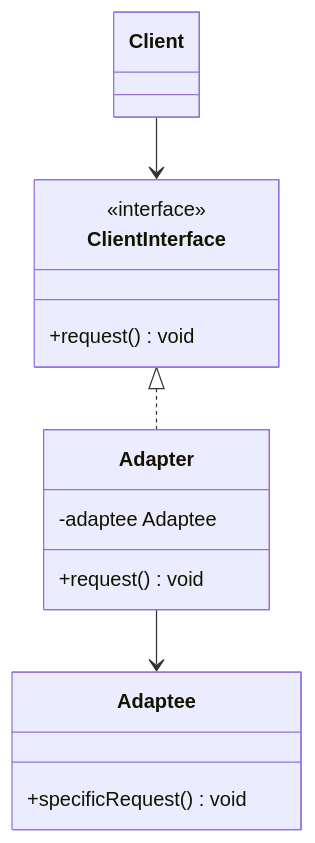
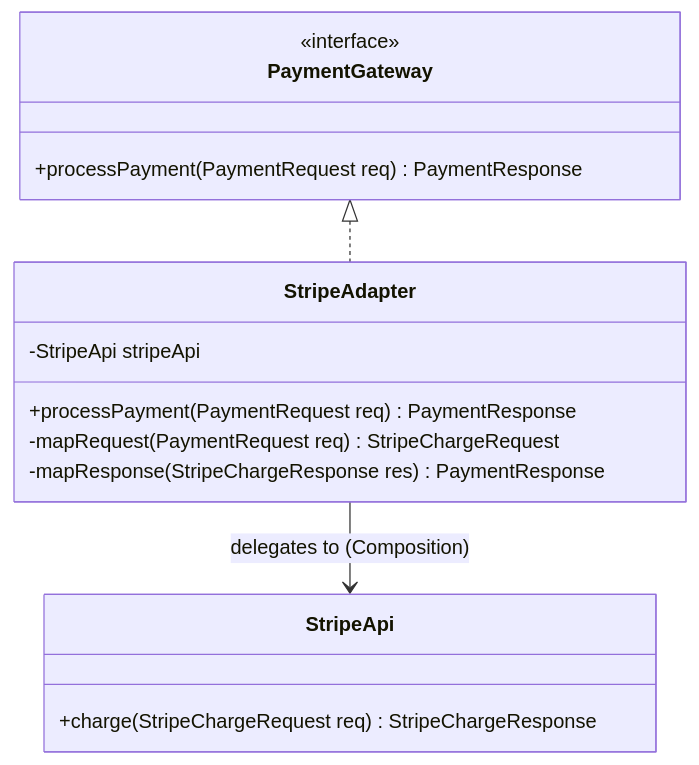
Before and after one commit to gp330841/interview: the first of 2 diagrams in low-level-design/concepts/06-adapter-pattern.md, drawn with Mermaid. The commit also changed other lines of this file and 66 other files, not shown here.

````diff
--- a/low-level-design/concepts/06-adapter-pattern.md
+++ b/low-level-design/concepts/06-adapter-pattern.md
@@ -10,17 +29,19 @@
 ```mermaid
 classDiagram
-    Client --> ClientInterface
-    ClientInterface <|.. Adapter
-    Adapter --> Adaptee
-    class ClientInterface {
+    direction TB
+    class PaymentGateway {
         <<interface>>
-        +request() void
+        +processPayment(PaymentRequest req) PaymentResponse
     }
-    class Adapter {
-        -adaptee Adaptee
-        +request() void
+    class StripeAdapter {
+        -StripeApi stripeApi
+        +processPayment(PaymentRequest req) PaymentResponse
+        -mapRequest(PaymentRequest req) StripeChargeRequest
+        -mapResponse(StripeChargeResponse res) PaymentResponse
     }
-    class Adaptee {
-        +specificRequest() void
+    class StripeApi {
+        +charge(StripeChargeRequest req) StripeChargeResponse
     }
+    PaymentGateway <|.. StripeAdapter
+    StripeAdapter --> StripeApi : delegates to (Composition)
 ```
````
